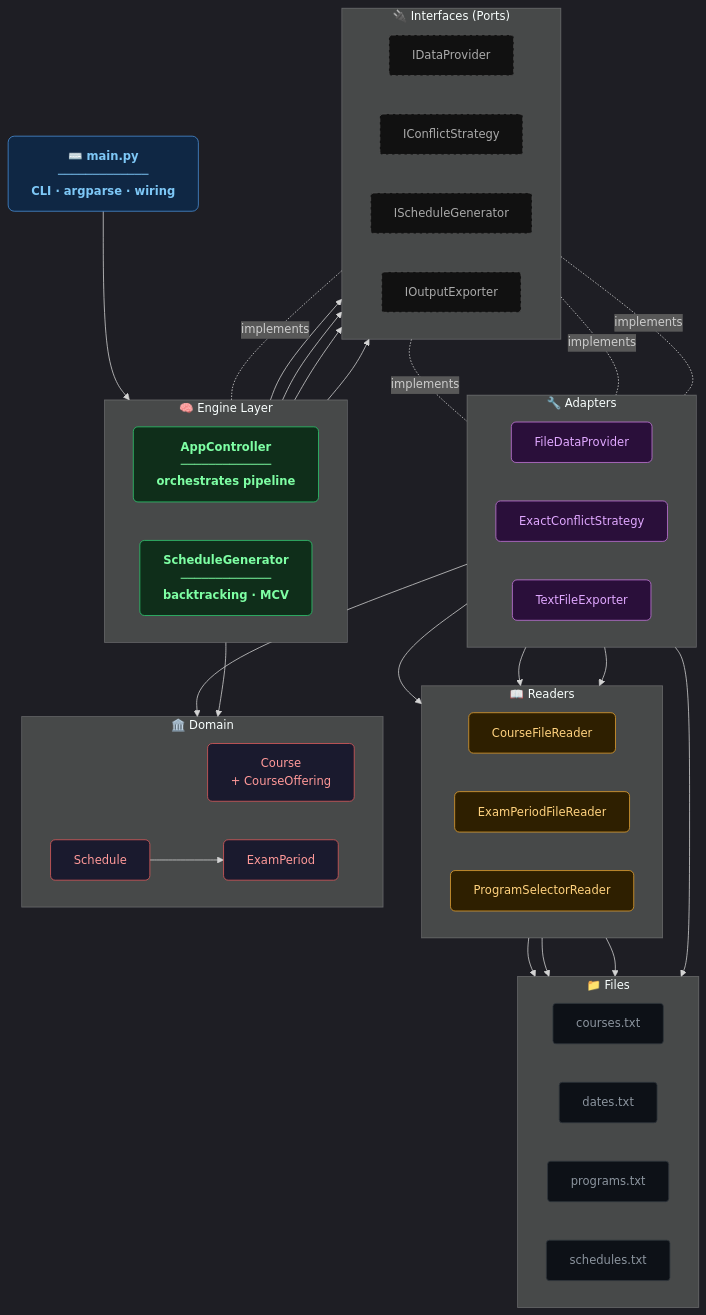
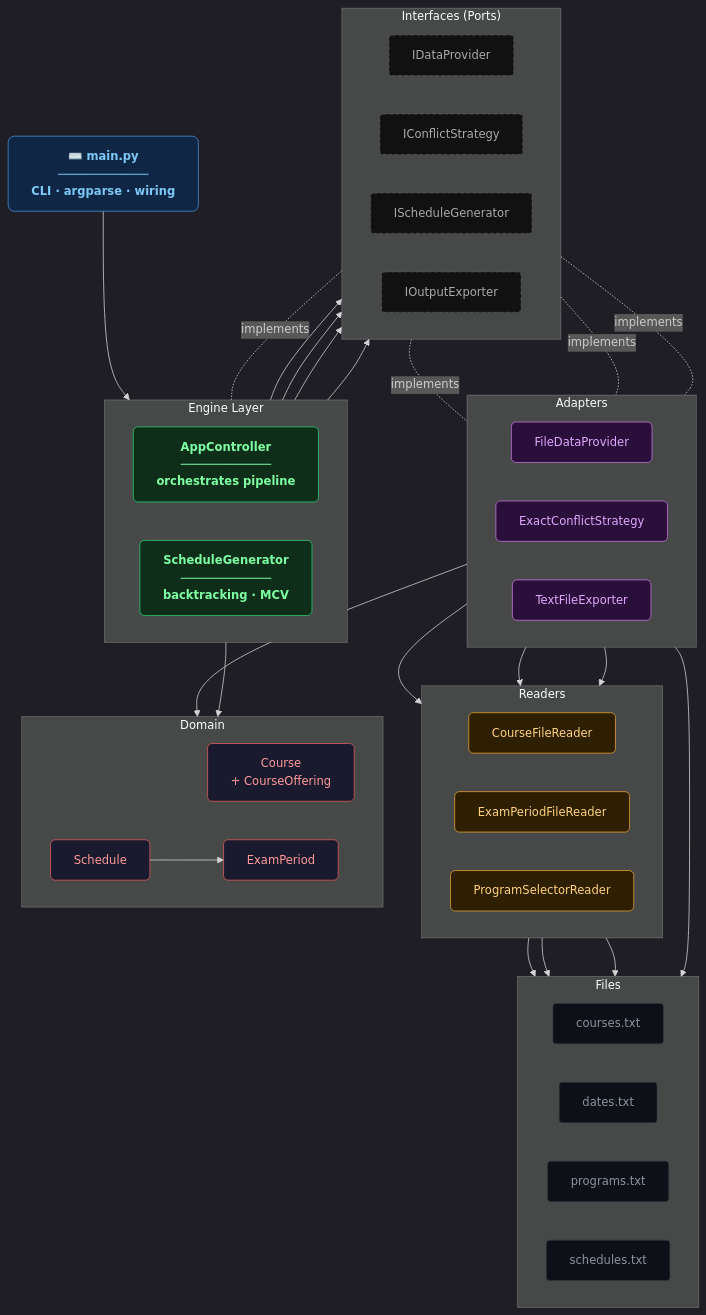
The first of 4 diagrams in README.md (ron-ladin/examSchedule), drawn with Mermaid before and after one commit. The commit also changed other lines of this file, not shown here.

````diff
--- a/README.md
+++ b/README.md
@@ -3,75 +3,75 @@
 ```mermaid
 %%{init: {'theme': 'dark', 'themeVariables': {'fontSize': '15px'}}}%%
 flowchart TD
     classDef cli     fill:#0f2744,stroke:#4a90d9,color:#7ec8f7,rx:8,font-weight:bold
     classDef engine  fill:#0f2e1a,stroke:#2ecc71,color:#7effa4,rx:6,font-weight:bold
     classDef adapter fill:#2a0f3a,stroke:#c678dd,color:#e0a8ff,rx:6
     classDef reader  fill:#2e1f00,stroke:#e5a22e,color:#ffd27e,rx:6
     classDef domain  fill:#1a1a2e,stroke:#e05c5c,color:#ff9999,rx:6
     classDef iface   fill:#111111,stroke:#555555,color:#aaaaaa,rx:4,stroke-dasharray:5 3
     classDef file    fill:#0d1117,stroke:#30363d,color:#8b949e,rx:4
 
     CLI["⌨️  main.py\n─────────────\nCLI · argparse · wiring"]:::cli
 
-    subgraph CORE["  🧠  Engine Layer  "]
+    subgraph CORE["  Engine Layer  "]
         direction LR
         Controller["AppController\n─────────────\norchestrates pipeline"]:::engine
         Generator["ScheduleGenerator\n─────────────\nbacktracking · MCV"]:::engine
     end
 
-    subgraph PORTS["  🔌  Interfaces (Ports)  "]
+    subgraph PORTS["  Interfaces (Ports)  "]
         direction LR
         IDP["IDataProvider"]:::iface
         ICS["IConflictStrategy"]:::iface
         ISG["IScheduleGenerator"]:::iface
         IOE["IOutputExporter"]:::iface
     end
 
-    subgraph ADAPT["  🔧  Adapters  "]
+    subgraph ADAPT["  Adapters  "]
         direction LR
         Provider["FileDataProvider"]:::adapter
         Strategy["ExactConflictStrategy"]:::adapter
         Exporter["TextFileExporter"]:::adapter
     end
 
-    subgraph READERS["  📖  Readers  "]
+    subgraph READERS["  Readers  "]
         direction LR
         CR["CourseFileReader"]:::reader
         PR["ExamPeriodFileReader"]:::reader
         RR["ProgramSelectorReader"]:::reader
     end
 
-    subgraph DOMAIN["  🏛️  Domain  "]
+    subgraph DOMAIN["  Domain  "]
         direction LR
         Course["Course\n+ CourseOffering"]:::domain
         Period["ExamPeriod"]:::domain
         Schedule["Schedule"]:::domain
     end
 
-    subgraph FILES["  📁  Files  "]
+    subgraph FILES["  Files  "]
         direction LR
         F1["courses.txt"]:::file
         F2["dates.txt"]:::file
         F3["programs.txt"]:::file
         F4["schedules.txt"]:::file
     end
 
     CLI --> Controller
     Controller --> IDP & ISG & IOE
 
     IDP -.implements.- Provider
     ISG -.implements.- Generator
     IOE -.implements.- Exporter
     ICS -.implements.- Strategy
 
     Provider --> CR & PR & RR
     Generator --> ICS
     Generator --> Schedule
     Strategy --> Course
     Schedule --> Period
 
     CR --> F1
     PR --> F2
     RR --> F3
     Exporter --> F4
 ```
````
